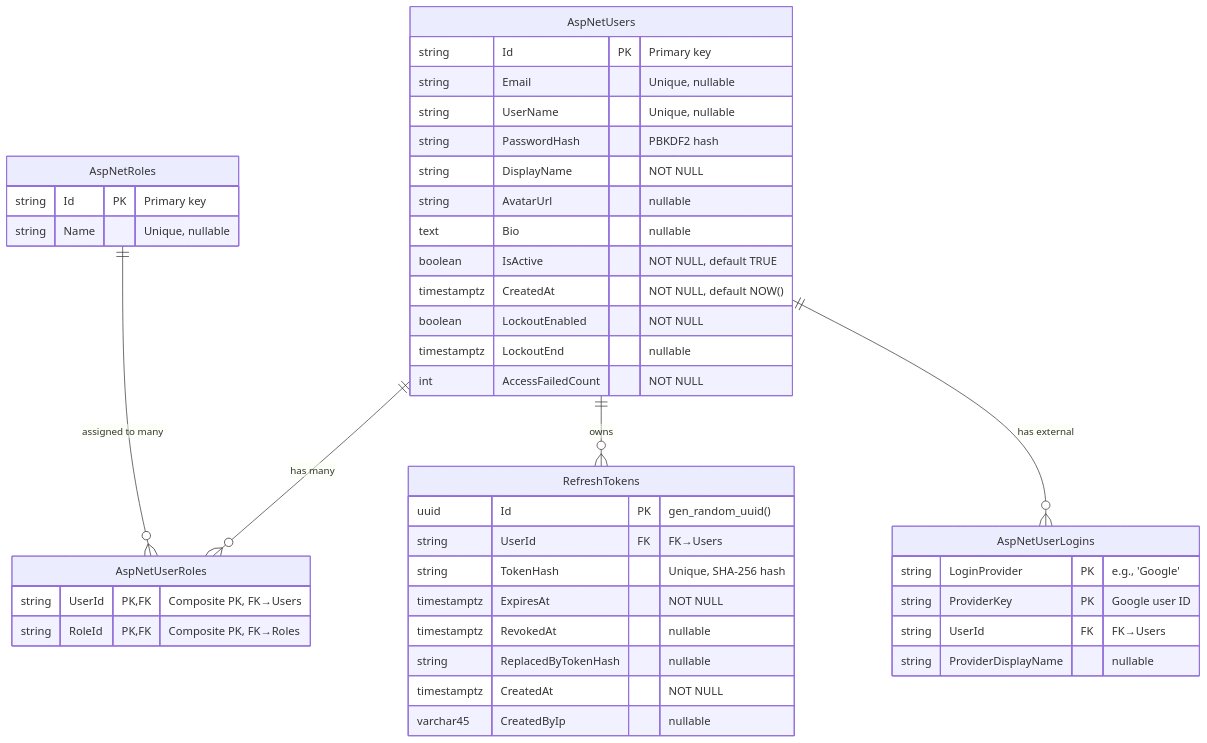
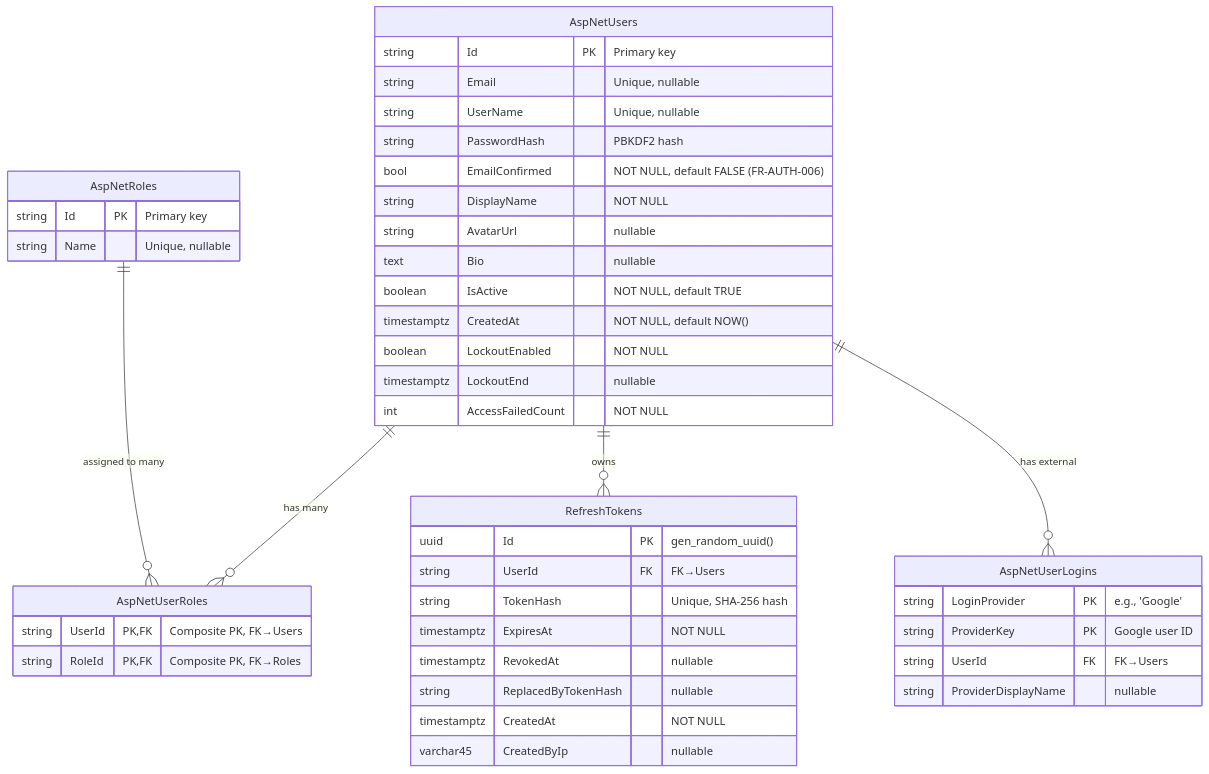
The diagram in docs/specs/fr-auth/FR-AUTH_Database_Design.md (hiendotforwork/PTUDWNC_Nhom06_CulinaryBlog), drawn with Mermaid before and after one commit. The commit also changed other lines of this file and 2 other files, not shown here.

Commit message:
feat(api): cấu hình CORS cho frontend và cập nhật tài liệu database FR-AUTH

````diff
--- a/docs/specs/fr-auth/FR-AUTH_Database_Design.md
+++ b/docs/specs/fr-auth/FR-AUTH_Database_Design.md
@@ -236,50 +237,51 @@
 ```mermaid
 erDiagram
     AspNetUsers {
         string Id PK "Primary key"
         string Email "Unique, nullable"
         string UserName "Unique, nullable"
         string PasswordHash "PBKDF2 hash"
+        bool EmailConfirmed "NOT NULL, default FALSE (FR-AUTH-006)"
         string DisplayName "NOT NULL"
         string AvatarUrl "nullable"
         text Bio "nullable"
         boolean IsActive "NOT NULL, default TRUE"
         timestamptz CreatedAt "NOT NULL, default NOW()"
         boolean LockoutEnabled "NOT NULL"
         timestamptz LockoutEnd "nullable"
         int AccessFailedCount "NOT NULL"
     }
 
     AspNetRoles {
         string Id PK "Primary key"
         string Name "Unique, nullable"
     }
 
     AspNetUserRoles {
         string UserId PK, FK "Composite PK, FK→Users"
         string RoleId PK, FK "Composite PK, FK→Roles"
     }
 
     AspNetUserLogins {
         string LoginProvider PK "e.g., 'Google'"
         string ProviderKey PK "Google user ID"
         string UserId FK "FK→Users"
         string ProviderDisplayName "nullable"
     }
 
     RefreshTokens {
         uuid Id PK "gen_random_uuid()"
         string UserId FK "FK→Users"
         string TokenHash "Unique, SHA-256 hash"
         timestamptz ExpiresAt "NOT NULL"
         timestamptz RevokedAt "nullable"
         string ReplacedByTokenHash "nullable"
         timestamptz CreatedAt "NOT NULL"
         varchar45 CreatedByIp "nullable"
     }
 
     AspNetUsers ||--o{ AspNetUserRoles : "has many"
     AspNetRoles ||--o{ AspNetUserRoles : "assigned to many"
     AspNetUsers ||--o{ RefreshTokens : "owns"
     AspNetUsers ||--o{ AspNetUserLogins : "has external"
 ```
````
